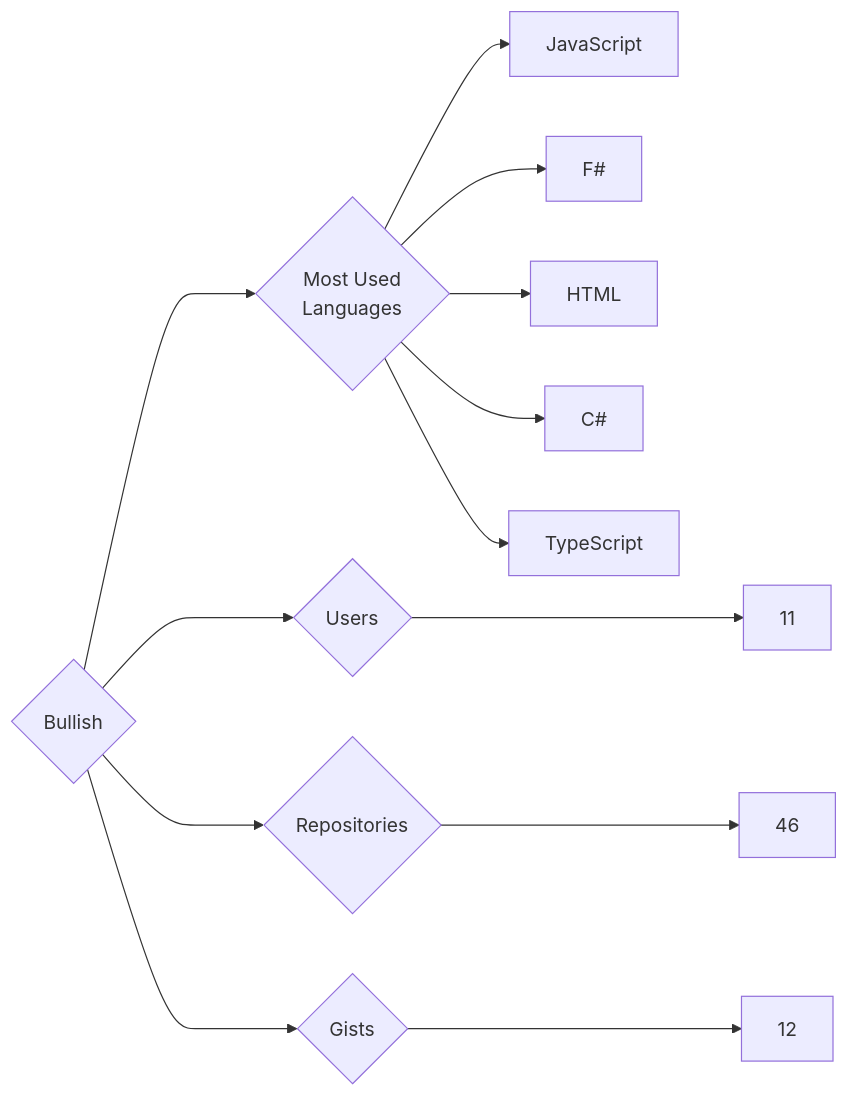
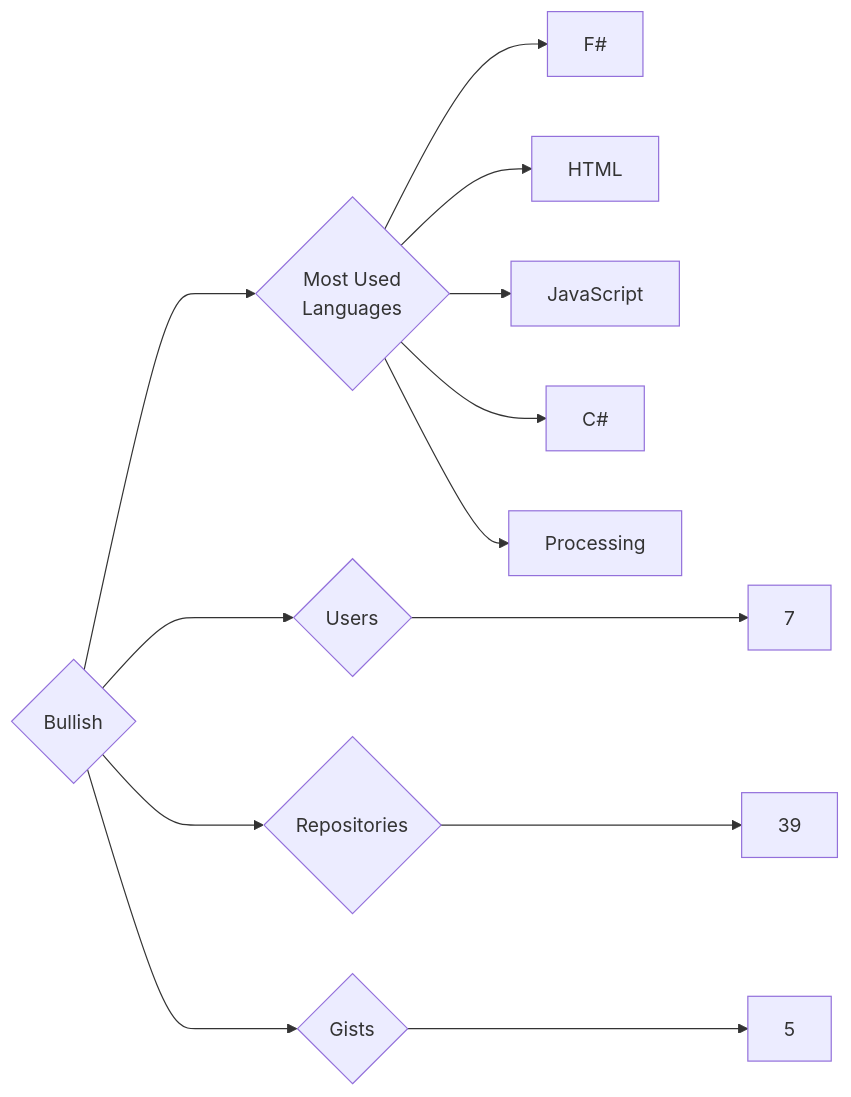
One commit to trickest/insiders changed the diagram in targets/Bullish/README.md. Above: the diagram before and after it, drawn with Mermaid. The commit also changed 772 other files, not shown here.

````diff
--- a/targets/Bullish/README.md
+++ b/targets/Bullish/README.md
@@ -3,13 +3,13 @@
 ```mermaid
 graph LR
 COMPANY_NAME{Bullish}
-COMPANY_NAME ---> U{Users} ---> UN[11]
-COMPANY_NAME ---> R{Repositories} ---> RN[46]
-COMPANY_NAME ---> G{Gists} ---> GN[12]
+COMPANY_NAME ---> U{Users} ---> UN[7]
+COMPANY_NAME ---> R{Repositories} ---> RN[39]
+COMPANY_NAME ---> G{Gists} ---> GN[5]
 COMPANY_NAME ---> ML{Most Used<br>Languages}
-ML --> JavaScript[JavaScript]
 ML --> F#[F#]
 ML --> HTML[HTML]
+ML --> JavaScript[JavaScript]
 ML --> C#[C#]
-ML --> TypeScript[TypeScript]
+ML --> Processing[Processing]
 ```
````
